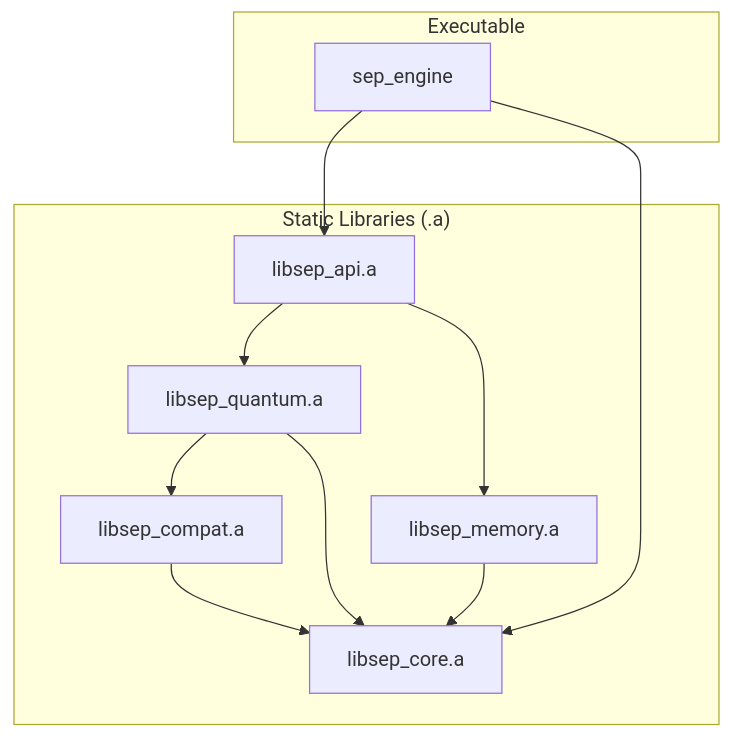
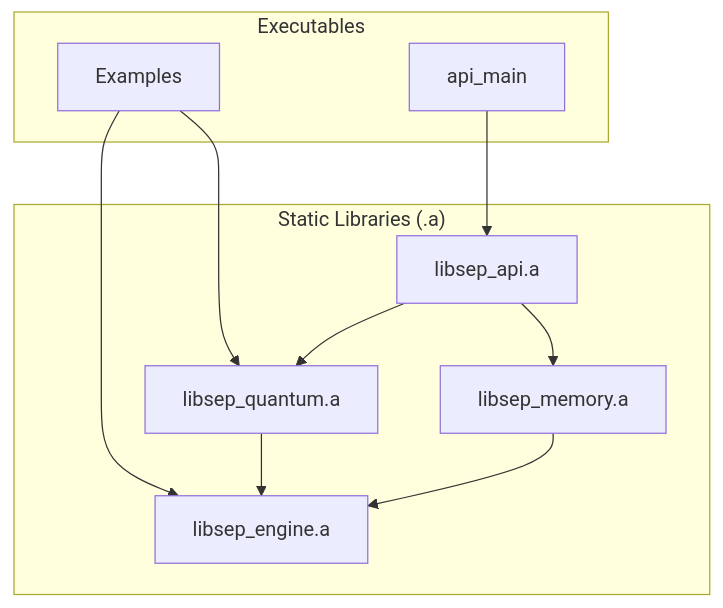
Before and after one commit to SepDynamics/sep: the first of 2 diagrams in docs/PROJECT_OVERVIEW.md, drawn with Mermaid. The commit also changed other lines of this file and 41 other files, not shown here.

First line of the commit message:
Refactor: Consolidate core engine components and introduce configuration structs

````diff
--- a/docs/PROJECT_OVERVIEW.md
+++ b/docs/PROJECT_OVERVIEW.md
@@ -18,25 +18,24 @@
 ```mermaid
 graph TD
-    subgraph Executable
-        exe[sep_engine]
+    subgraph "Executables"
+        exe[api_main]
+        examples[Examples]
     end
 
     subgraph "Static Libraries (.a)"
         api[libsep_api.a]
         quantum[libsep_quantum.a]
         memory[libsep_memory.a]
-        compat[libsep_compat.a]
-        core[libsep_core.a]
+        engine[libsep_engine.a]
     end
 
     exe --> api
-    exe --> core
+    examples --> quantum
+    examples --> engine
 
     api --> quantum
     api --> memory
 
-    quantum --> compat
-    quantum --> core
-    memory --> core
-    compat --> core
+    quantum --> engine
+    memory --> engine
 ```
````
